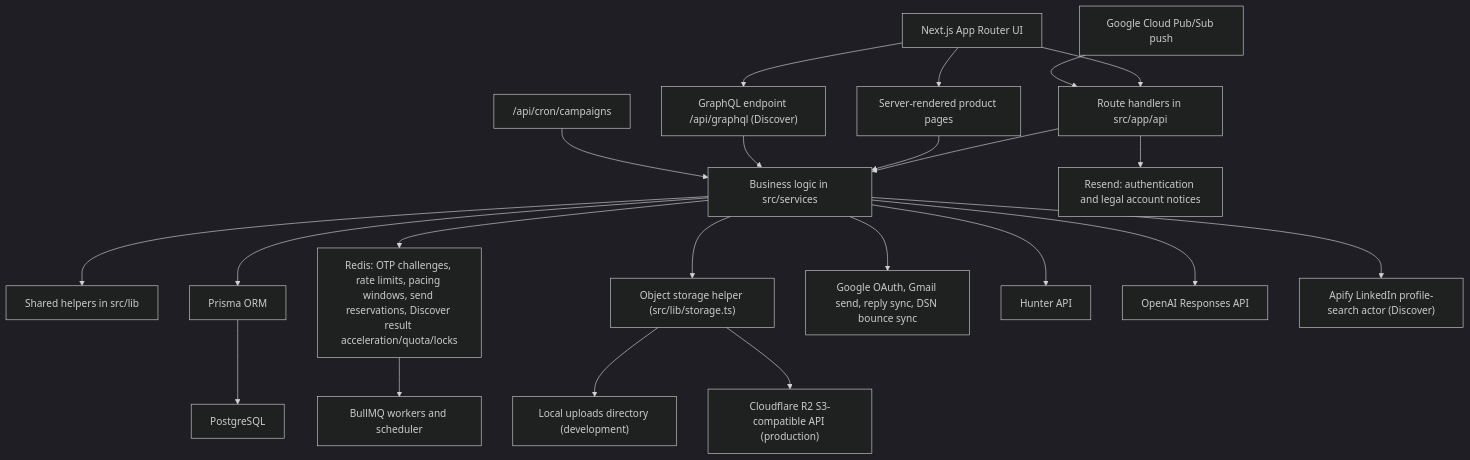
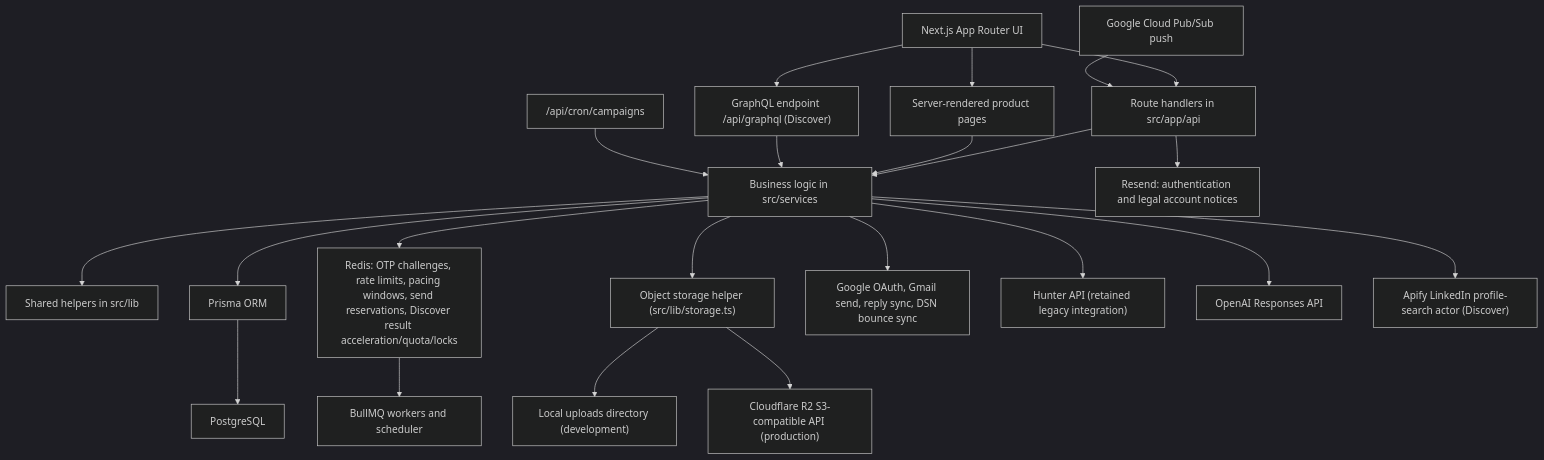
The second of 5 diagrams in README.md (ka8540/Sendloom), drawn with Mermaid (dark theme) before and after one commit. The commit also changed other lines of this file and 1 other file, not shown here.

Commit message:
Document Finder and Hunter UI hold

````diff
--- a/README.md
+++ b/README.md
@@ -91,24 +106,24 @@
 ```mermaid
 flowchart TD
     UI["Next.js App Router UI"] --> API["Route handlers in src/app/api"]
     UI --> SSR["Server-rendered product pages"]
     UI --> GraphQL["GraphQL endpoint /api/graphql (Discover)"]
     API --> Services["Business logic in src/services"]
     SSR --> Services
     GraphQL --> Services
     Services --> Lib["Shared helpers in src/lib"]
     Services --> Prisma["Prisma ORM"]
     Prisma --> Postgres["PostgreSQL"]
     Services --> Redis["Redis: OTP challenges, rate limits, pacing windows, send reservations, Discover result acceleration/quota/locks"]
     Redis --> Workers["BullMQ workers and scheduler"]
     Services --> Storage["Object storage helper (src/lib/storage.ts)"]
     Storage --> Local["Local uploads directory (development)"]
     Storage --> R2["Cloudflare R2 S3-compatible API (production)"]
     Services --> Google["Google OAuth, Gmail send, reply sync, DSN bounce sync"]
     API --> Resend["Resend: authentication and legal account notices"]
-    Services --> Hunter["Hunter API"]
+    Services --> Hunter["Hunter API (retained legacy integration)"]
     Services --> OpenAI["OpenAI Responses API"]
     Services --> Apify["Apify LinkedIn profile-search actor (Discover)"]
     Cron["/api/cron/campaigns"] --> Services
     PubSub["Google Cloud Pub/Sub push"] --> API
 ```
````
